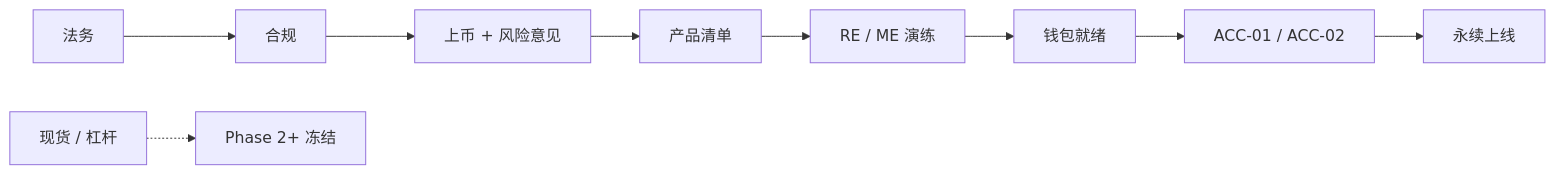
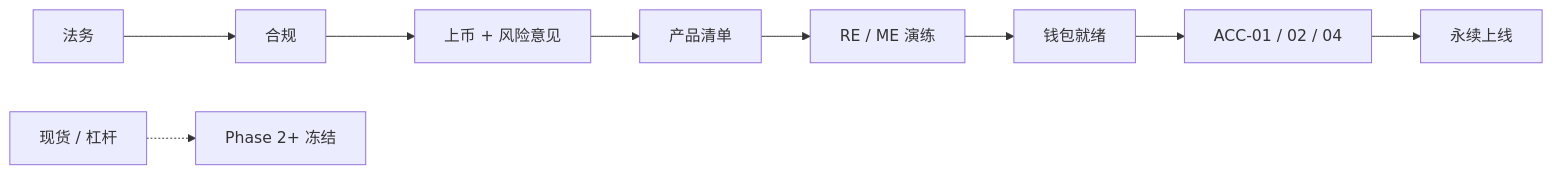
One commit to hxyan2020/PRD changed the tenth of 15 diagrams in docs/risk-handbook/zh-CN.md. Above: the diagram before and after it, drawn with Mermaid. The commit also changed other lines of this file and 63 other files, not shown here.

````diff
--- a/docs/risk-handbook/zh-CN.md
+++ b/docs/risk-handbook/zh-CN.md
@@ -1032,11 +1072,11 @@
 ```mermaid
 flowchart LR
   Legal["法务"] --> CP["合规"]
   CP --> LI["上币 + 风险意见"]
   LI --> Prod["产品清单"]
   Prod --> Eng["RE / ME 演练"]
   Eng --> WO["钱包就绪"]
-  WO --> Acc["ACC-01 / ACC-02"]
+  WO --> Acc["ACC-01 / 02 / 04"]
   Acc --> Live["永续上线"]
   Spot["现货 / 杠杆"] -.-> P2["Phase 2+ 冻结"]
 ```
````
